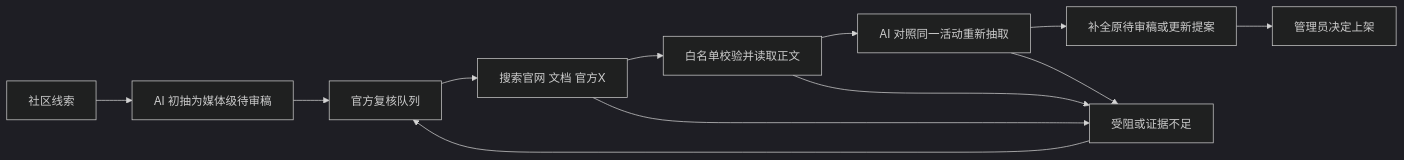
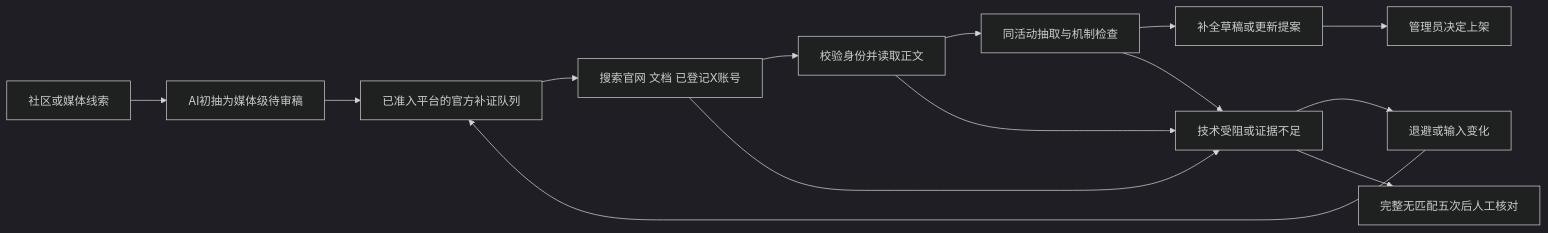
Before and after one commit to 552385743265hb-code/ai-yangmao: the diagram in docs/official-review-workflow.md, drawn with Mermaid (dark theme). The commit also changed other lines of this file and 23 other files, not shown here.

````diff
--- a/docs/official-review-workflow.md
+++ b/docs/official-review-workflow.md
@@ -5,14 +5,16 @@
 ```mermaid
 flowchart LR
-  A[社区线索] --> B[AI 初抽为媒体级待审稿]
-  B --> C[官方复核队列]
-  C --> D[搜索官网 文档 官方X]
-  D --> E[白名单校验并读取正文]
-  E --> F[AI 对照同一活动重新抽取]
-  F --> G[补全原待审稿或更新提案]
+  A[社区或媒体线索] --> B[AI初抽为媒体级待审稿]
+  B --> C[已准入平台的官方补证队列]
+  C --> D[搜索官网 文档 已登记X账号]
+  D --> E[校验身份并读取正文]
+  E --> F[同活动抽取与机制检查]
+  F --> G[补全草稿或更新提案]
   G --> H[管理员决定上架]
-  D --> I[受阻或证据不足]
+  D --> I[技术受阻或证据不足]
   E --> I
   F --> I
-  I --> C
+  I --> J[退避或输入变化]
+  J --> C
+  I --> K[完整无匹配五次后人工核对]
 ```
````
